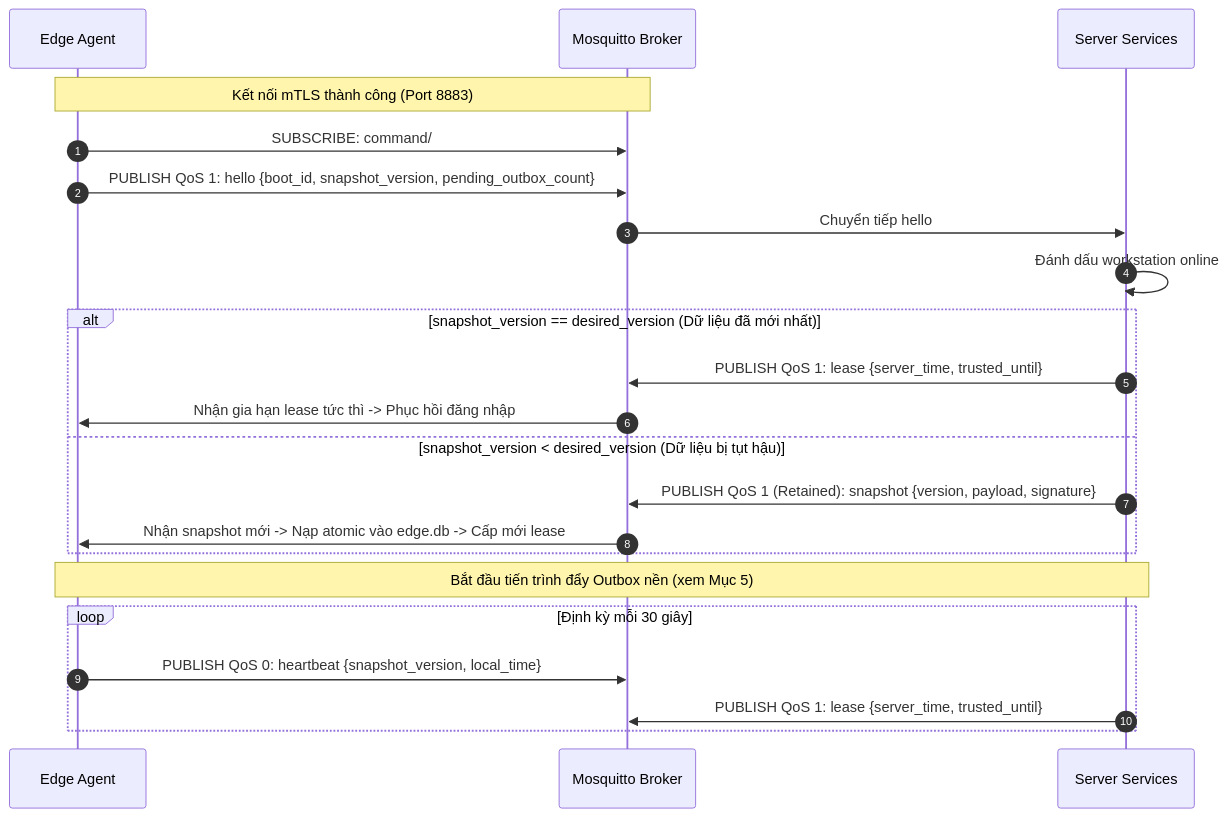
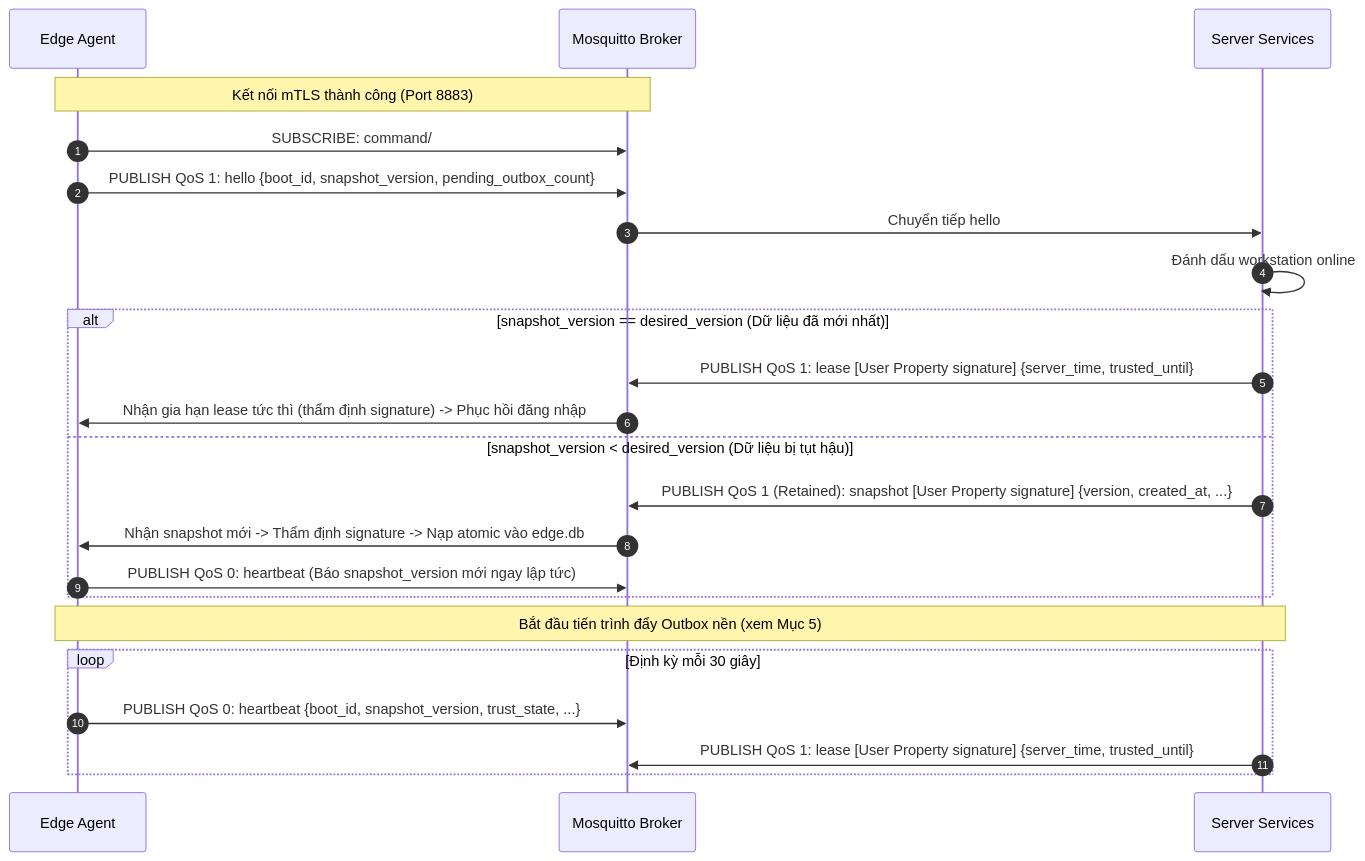
Before and after one commit to binhtoong21/linux-access-control: the second of 3 diagrams in design/docs/06-architecture/decisions/ADR-002-giao-thuc-mqtt-va-dinh-danh-may-tram.md, drawn with Mermaid. The commit also changed other lines of this file and 15 other files, not shown here.

````diff
--- a/design/docs/06-architecture/decisions/ADR-002-giao-thuc-mqtt-va-dinh-danh-may-tram.md
+++ b/design/docs/06-architecture/decisions/ADR-002-giao-thuc-mqtt-va-dinh-danh-may-tram.md
@@ -139,25 +139,26 @@
 ```mermaid
 sequenceDiagram
     autonumber
     participant A as Edge Agent
     participant B as Mosquitto Broker
     participant S as Server Services
 
     Note over A,B: Kết nối mTLS thành công (Port 8883)
     A->>B: SUBSCRIBE: command/#, snapshot, lease
     A->>B: PUBLISH QoS 1: hello {boot_id, snapshot_version, pending_outbox_count}
     B->>S: Chuyển tiếp hello
     S->>S: Đánh dấu workstation online
     alt snapshot_version == desired_version (Dữ liệu đã mới nhất)
-        S->>B: PUBLISH QoS 1: lease {server_time, trusted_until}
-        B->>A: Nhận gia hạn lease tức thì -> Phục hồi đăng nhập
+        S->>B: PUBLISH QoS 1: lease [User Property signature] {server_time, trusted_until}
+        B->>A: Nhận gia hạn lease tức thì (thẩm định signature) -> Phục hồi đăng nhập
     else snapshot_version < desired_version (Dữ liệu bị tụt hậu)
-        S->>B: PUBLISH QoS 1 (Retained): snapshot {version, payload, signature}
-        B->>A: Nhận snapshot mới -> Nạp atomic vào edge.db -> Cấp mới lease
+        S->>B: PUBLISH QoS 1 (Retained): snapshot [User Property signature] {version, created_at, ...}
+        B->>A: Nhận snapshot mới -> Thẩm định signature -> Nạp atomic vào edge.db
+        A->>B: PUBLISH QoS 0: heartbeat (Báo snapshot_version mới ngay lập tức)
     end
     Note over A,S: Bắt đầu tiến trình đẩy Outbox nền (xem Mục 5)
     loop Định kỳ mỗi 30 giây
-        A->>B: PUBLISH QoS 0: heartbeat {snapshot_version, local_time}
-        S->>B: PUBLISH QoS 1: lease {server_time, trusted_until}
+        A->>B: PUBLISH QoS 0: heartbeat {boot_id, snapshot_version, trust_state, ...}
+        S->>B: PUBLISH QoS 1: lease [User Property signature] {server_time, trusted_until}
     end
 ```
````
